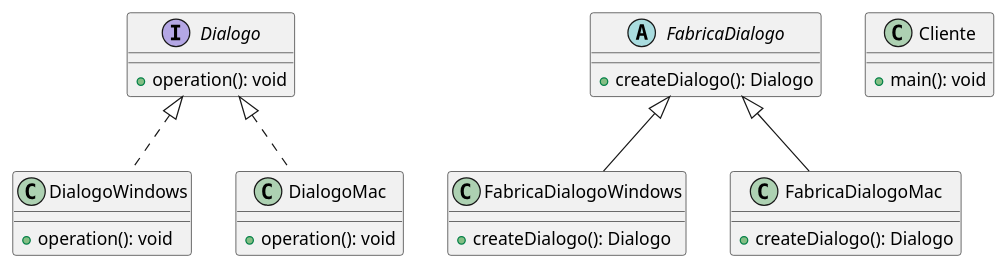
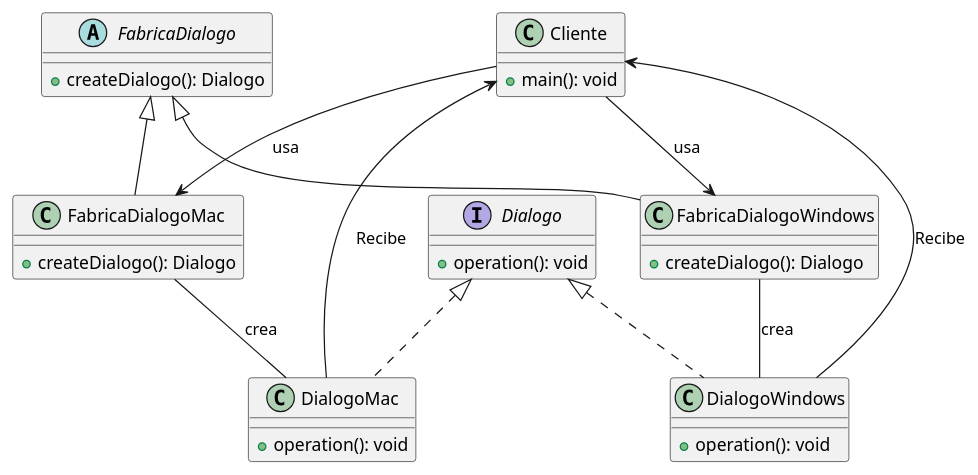
Before and after one commit to DiegoCG1013/Sorpresa_Sorpresa: the diagram in Sorpresa/Diagrama_de_clases.puml, drawn with PlantUML.

Commit message:
Diagrama

```diff
--- a/Sorpresa/Diagrama_de_clases.puml
+++ b/Sorpresa/Diagrama_de_clases.puml
@@ -1,31 +1,40 @@
 @startuml
 
 interface Dialogo {
   + operation(): void
 }
 
 class DialogoWindows implements Dialogo {
   + operation(): void
 }
 
 class DialogoMac implements Dialogo {
   + operation(): void
 }
 
 abstract class FabricaDialogo {
   + createDialogo(): Dialogo
 }
 
 class FabricaDialogoWindows extends FabricaDialogo {
   + createDialogo(): Dialogo
 }
 
 class FabricaDialogoMac extends FabricaDialogo {
   + createDialogo(): Dialogo
 }
 
 class Cliente {
   + main(): void
 }
 
+FabricaDialogoMac -- DialogoMac : crea
+FabricaDialogoWindows -- DialogoWindows : crea
+
+Cliente --> FabricaDialogoMac : usa
+Cliente --> FabricaDialogoWindows : usa
+
+Cliente <-- DialogoMac : Recibe
+Cliente <-- DialogoWindows : Recibe
+
 @enduml
```
